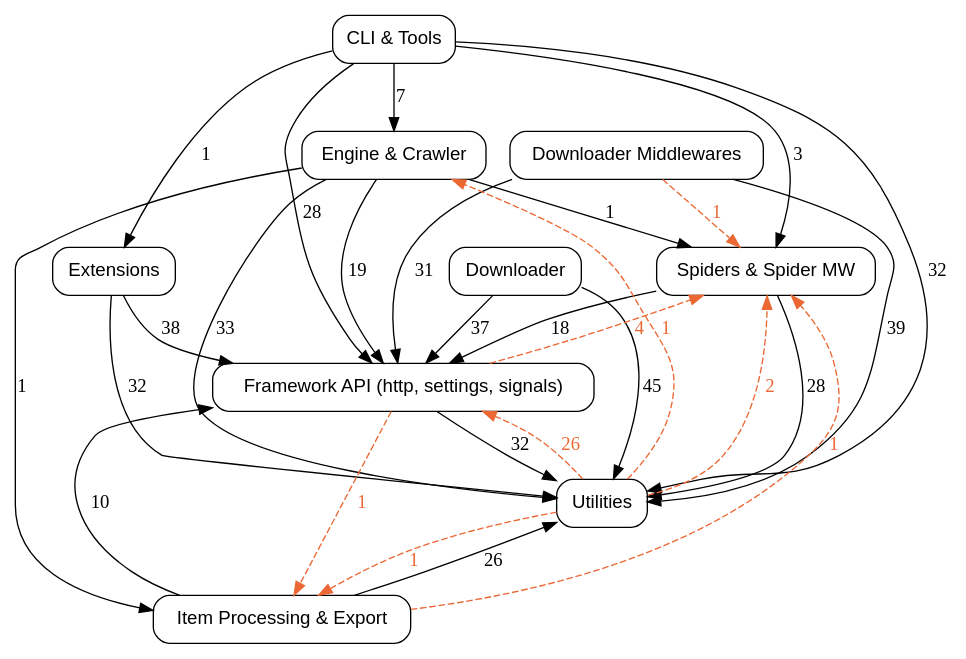
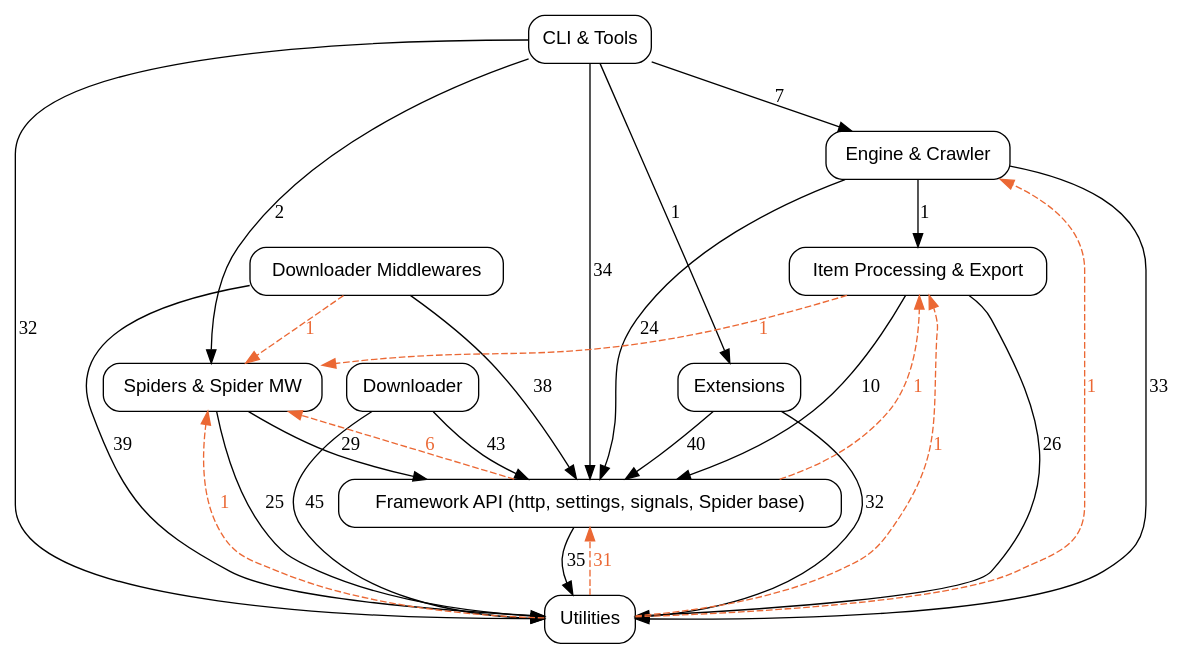
Before and after one commit to Ramola10/Scrape_Quality_Analysis: the diagram in figures/2_m1_module_graph.dot, drawn with Graphviz. The commit also changed 35 other files, not shown here.

```diff
--- a/figures/2_m1_module_graph.dot
+++ b/figures/2_m1_module_graph.dot
@@ -1,40 +1,39 @@
 digraph scrapy_modules {
   rankdir=TB; node [shape=box, style=rounded, fontname="Helvetica"];
   cli [label="CLI & Tools"];
   engine [label="Engine & Crawler"];
   downloader [label="Downloader"];
   downloader_mw [label="Downloader Middlewares"];
   spiders [label="Spiders & Spider MW"];
   item_processing [label="Item Processing & Export"];
   extensions [label="Extensions"];
-  framework_api [label="Framework API (http, settings, signals)"];
+  framework_api [label="Framework API (http, settings, signals, Spider base)"];
   utilities [label="Utilities"];
   cli -> engine [label="7"];
-  cli -> spiders [label="3"];
+  cli -> spiders [label="2"];
   cli -> extensions [label="1"];
-  cli -> framework_api [label="28"];
+  cli -> framework_api [label="34"];
   cli -> utilities [label="32"];
-  engine -> spiders [label="1"];
   engine -> item_processing [label="1"];
-  engine -> framework_api [label="19"];
+  engine -> framework_api [label="24"];
   engine -> utilities [label="33"];
-  downloader -> framework_api [label="37"];
+  downloader -> framework_api [label="43"];
   downloader -> utilities [label="45"];
   downloader_mw -> spiders [label="1", color="#eb6834", fontcolor="#eb6834", style=dashed];
-  downloader_mw -> framework_api [label="31"];
+  downloader_mw -> framework_api [label="38"];
   downloader_mw -> utilities [label="39"];
-  spiders -> framework_api [label="18"];
-  spiders -> utilities [label="28"];
+  spiders -> framework_api [label="29"];
+  spiders -> utilities [label="25"];
   item_processing -> spiders [label="1", color="#eb6834", fontcolor="#eb6834", style=dashed];
   item_processing -> framework_api [label="10"];
   item_processing -> utilities [label="26"];
-  extensions -> framework_api [label="38"];
+  extensions -> framework_api [label="40"];
   extensions -> utilities [label="32"];
-  framework_api -> spiders [label="4", color="#eb6834", fontcolor="#eb6834", style=dashed];
+  framework_api -> spiders [label="6", color="#eb6834", fontcolor="#eb6834", style=dashed];
   framework_api -> item_processing [label="1", color="#eb6834", fontcolor="#eb6834", style=dashed];
-  framework_api -> utilities [label="32"];
+  framework_api -> utilities [label="35"];
   utilities -> engine [label="1", color="#eb6834", fontcolor="#eb6834", style=dashed];
-  utilities -> spiders [label="2", color="#eb6834", fontcolor="#eb6834", style=dashed];
+  utilities -> spiders [label="1", color="#eb6834", fontcolor="#eb6834", style=dashed];
   utilities -> item_processing [label="1", color="#eb6834", fontcolor="#eb6834", style=dashed];
-  utilities -> framework_api [label="26", color="#eb6834", fontcolor="#eb6834", style=dashed];
+  utilities -> framework_api [label="31", color="#eb6834", fontcolor="#eb6834", style=dashed];
 }
```
